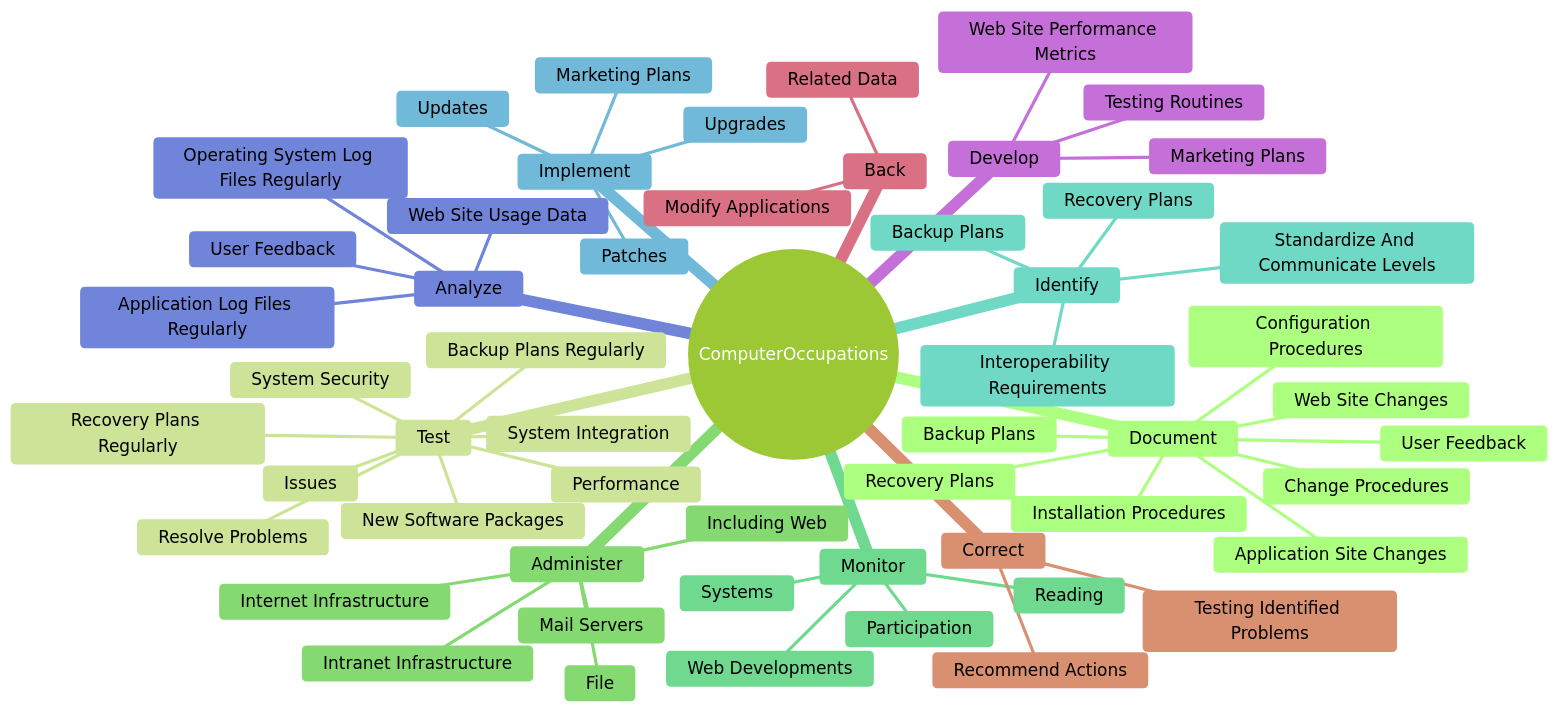
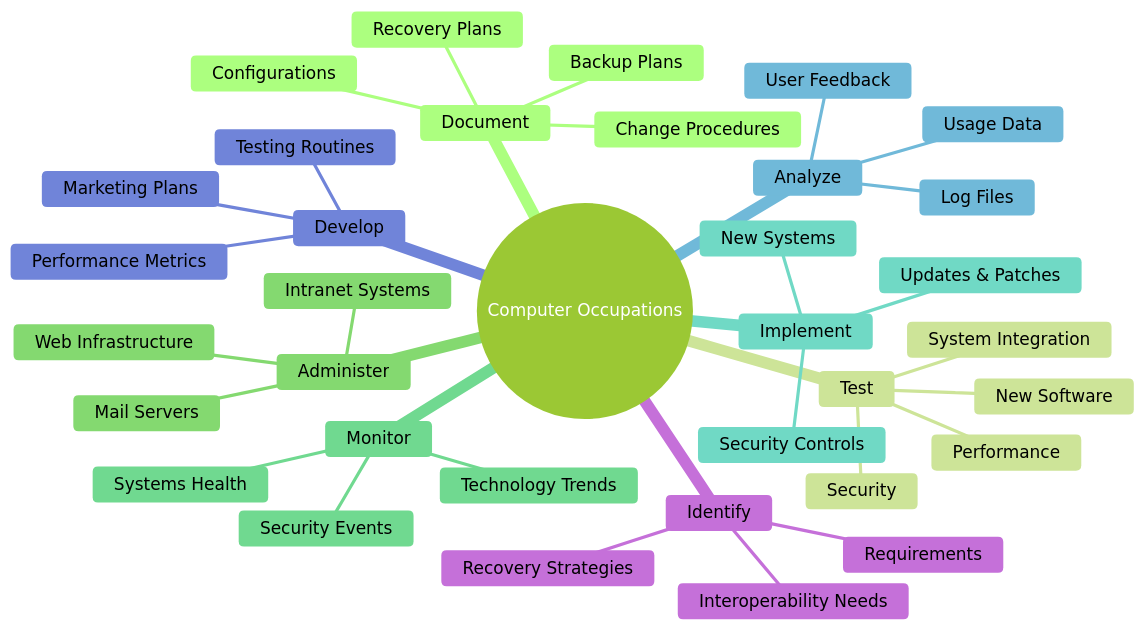
One commit to kziemski/business.org.ai changed the second of 4 diagrams in occupations/Technology/ComputerOccupations.mdx. Above: the diagram before and after it, drawn with Mermaid (forest theme). The commit also changed other lines of this file and 938 other files, not shown here.

````diff
--- a/occupations/Technology/ComputerOccupations.mdx
+++ b/occupations/Technology/ComputerOccupations.mdx
@@ -42,58 +54,38 @@
 ```mermaid
 mindmap
-    root(("ComputerOccupations"))
+    root(("Computer Occupations"))
         Document
             Backup Plans
             Recovery Plans
-            Application Site Changes
             Change Procedures
-            Web Site Changes
-            User Feedback
-            Installation Procedures
-            Configuration Procedures
+            Configurations
         Test
-            Issues
             System Integration
             Performance
-            System Security
-            Backup Plans Regularly
-            Resolve Problems
-            Recovery Plans Regularly
-            New Software Packages
+            Security
+            New Software
         Administer
-            Internet Infrastructure
-            Intranet Infrastructure
-            Including Web
-            File
+            Web Infrastructure
+            Intranet Systems
             Mail Servers
         Monitor
-            Systems
-            Web Developments
-            Reading
-            Participation
-        Identify
-            Backup Plans
-            Recovery Plans
-            Standardize And Communicate Levels
-            Interoperability Requirements
+            Systems Health
+            Security Events
+            Technology Trends
         Implement
-            Updates
-            Upgrades
-            Patches
-            Marketing Plans
+            Updates & Patches
+            New Systems
+            Security Controls
         Analyze
-            Web Site Usage Data
+            Usage Data
+            Log Files
             User Feedback
-            Operating System Log Files Regularly
-            Application Log Files Regularly
         Develop
-            Web Site Performance Metrics
+            Performance Metrics
             Testing Routines
             Marketing Plans
-        Back
-            Modify Applications
-            Related Data
-        Correct
-            Testing Identified Problems
-            Recommend Actions
+        Identify
+            Requirements
+            Interoperability Needs
+            Recovery Strategies
 ```
````
